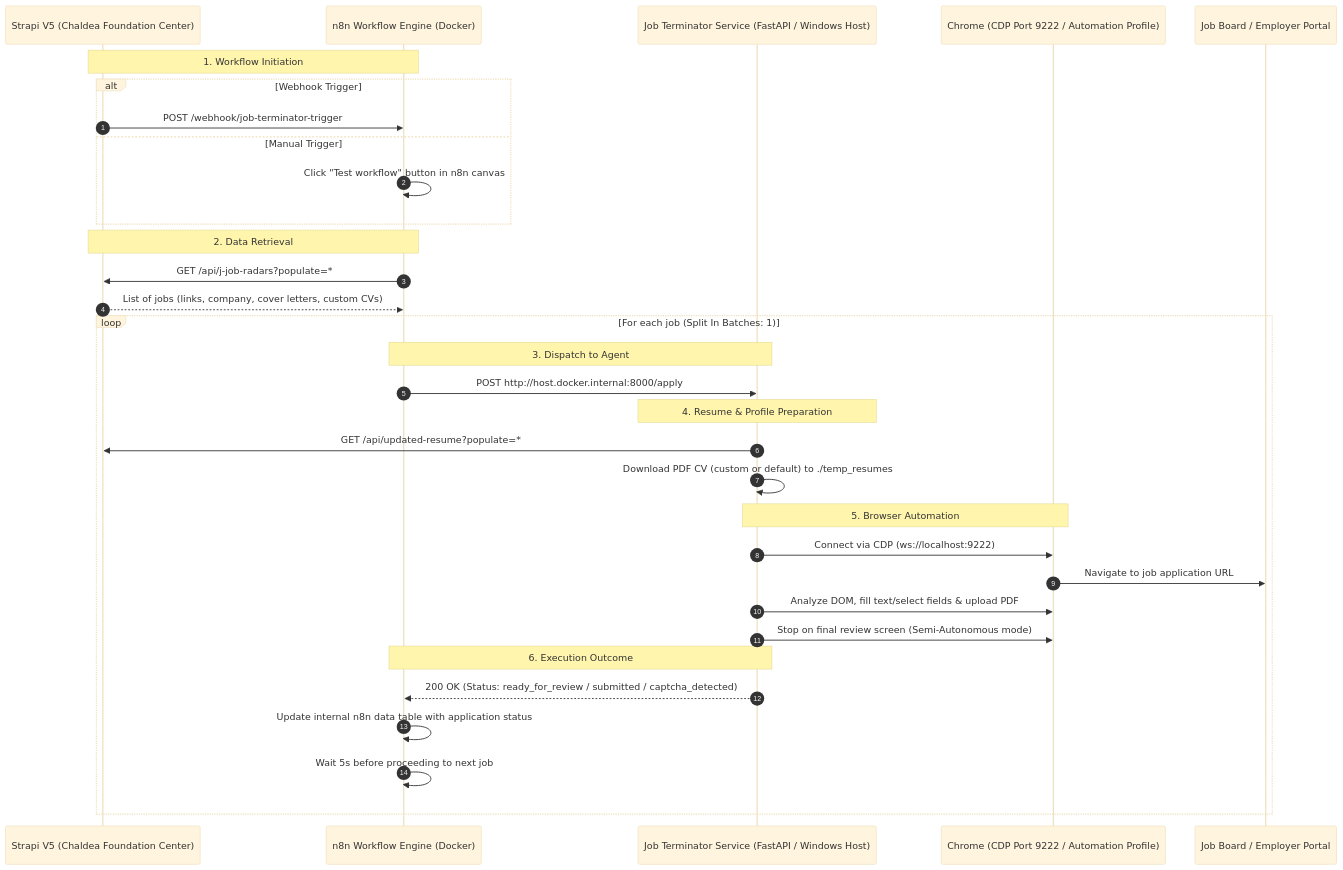
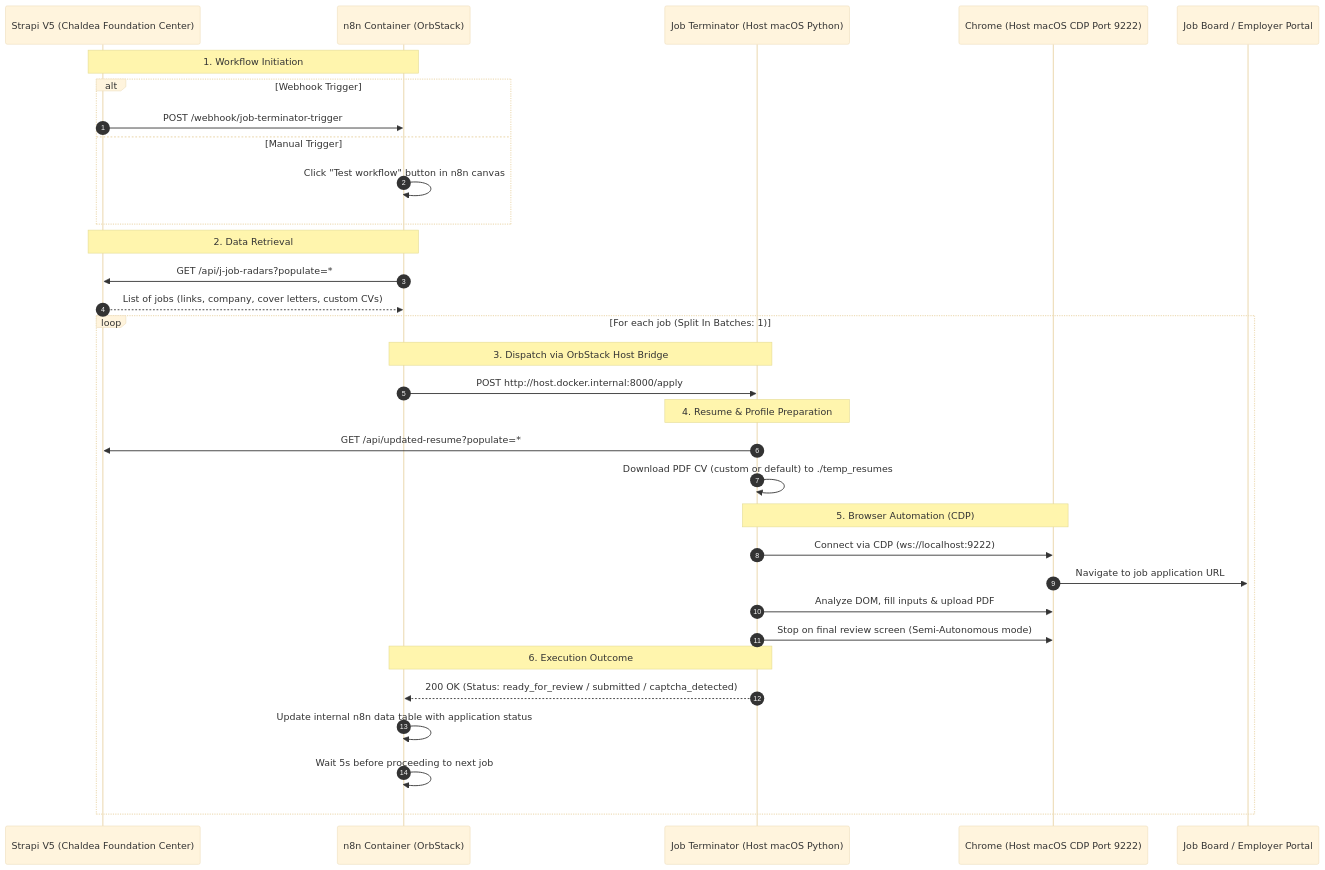
The diagram in README.md (TheMrCorvy/job-terminator), drawn with Mermaid (base theme) before and after one commit. The commit also changed other lines of this file and 2 other files, not shown here.

````diff
--- a/README.md
+++ b/README.md
@@ -22,40 +28,40 @@
 ```mermaid
 sequenceDiagram
     autonumber
     participant Strapi as Strapi V5 (Chaldea Foundation Center)
-    participant n8n as n8n Workflow Engine (Docker)
-    participant Agent as Job Terminator Service (FastAPI / Windows Host)
-    participant Chrome as Chrome (CDP Port 9222 / Automation Profile)
+    participant n8n as n8n Container (OrbStack)
+    participant Agent as Job Terminator (Host macOS Python)
+    participant Chrome as Chrome (Host macOS CDP Port 9222)
     participant Portal as Job Board / Employer Portal
 
     Note over Strapi, n8n: 1. Workflow Initiation
     alt Webhook Trigger
         Strapi->>n8n: POST /webhook/job-terminator-trigger
     else Manual Trigger
         n8n->>n8n: Click "Test workflow" button in n8n canvas
     end
 
     Note over n8n, Strapi: 2. Data Retrieval
     n8n->>Strapi: GET /api/j-job-radars?populate=*
     Strapi-->>n8n: List of jobs (links, company, cover letters, custom CVs)
 
     loop For each job (Split In Batches: 1)
-        Note over n8n, Agent: 3. Dispatch to Agent
+        Note over n8n, Agent: 3. Dispatch via OrbStack Host Bridge
         n8n->>Agent: POST http://host.docker.internal:8000/apply
         
         Note over Agent: 4. Resume & Profile Preparation
         Agent->>Strapi: GET /api/updated-resume?populate=*
         Agent->>Agent: Download PDF CV (custom or default) to ./temp_resumes
         
-        Note over Agent, Chrome: 5. Browser Automation
+        Note over Agent, Chrome: 5. Browser Automation (CDP)
         Agent->>Chrome: Connect via CDP (ws://localhost:9222)
         Chrome->>Portal: Navigate to job application URL
-        Agent->>Chrome: Analyze DOM, fill text/select fields & upload PDF
+        Agent->>Chrome: Analyze DOM, fill inputs & upload PDF
         Agent->>Chrome: Stop on final review screen (Semi-Autonomous mode)
         
         Note over Agent, n8n: 6. Execution Outcome
         Agent-->>n8n: 200 OK (Status: ready_for_review / submitted / captcha_detected)
         n8n->>n8n: Update internal n8n data table with application status
         n8n->>n8n: Wait 5s before proceeding to next job
     end
 ```
````
